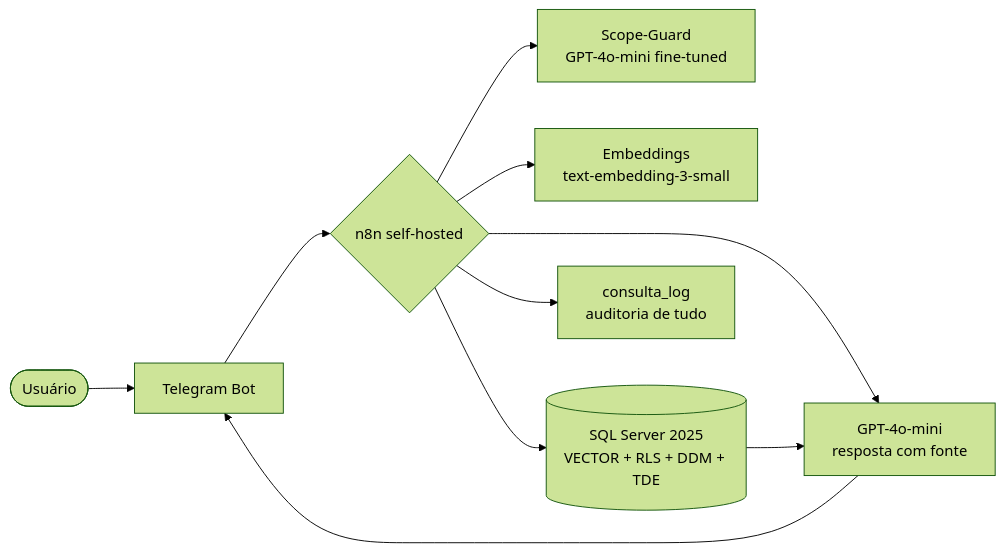
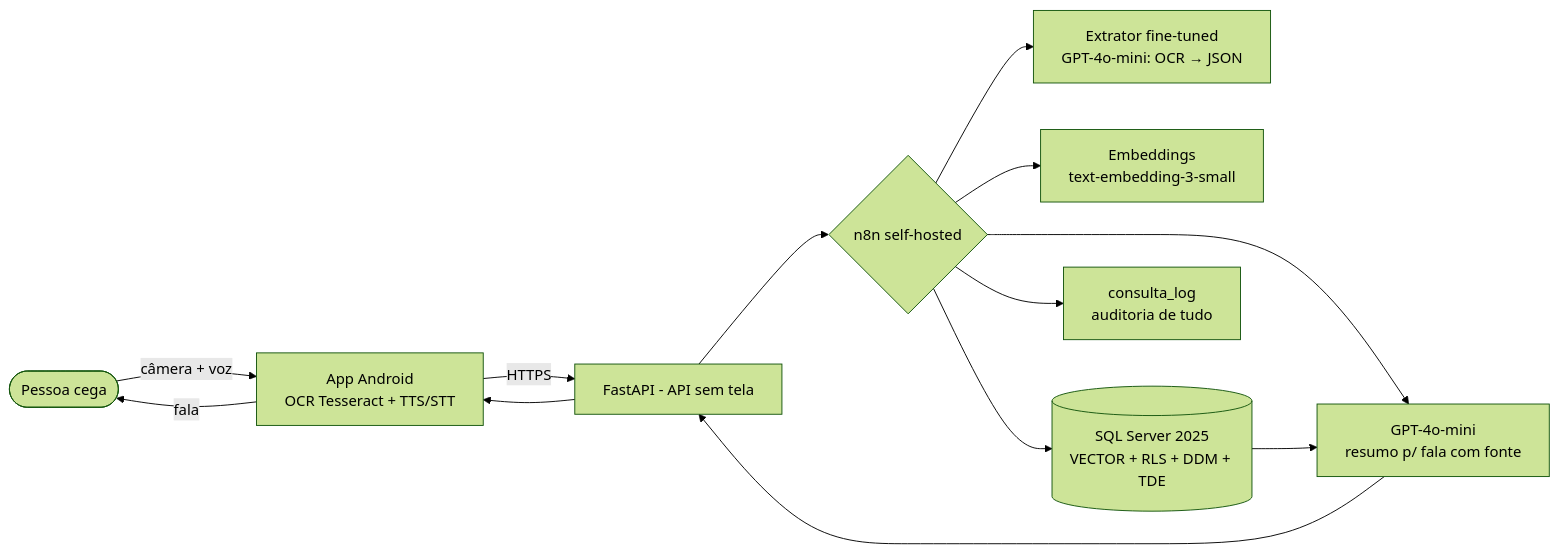
The diagram in README.md (Roberto-Cardoso-1/GuiaMed), drawn with Mermaid (forest theme) before and after one commit. The commit also changed other lines of this file and 16 other files, not shown here.

First line of the commit message:
Reorienta entrega: app de acessibilidade por voz (GuiaMed) com IA sobre OCR

````diff
--- a/README.md
+++ b/README.md
@@ -16,12 +16,14 @@
 ```mermaid
 flowchart LR
-    U([Usuário]) --> T[Telegram Bot]
-    T --> N{n8n self-hosted}
-    N --> SG[Scope-Guard<br/>GPT-4o-mini fine-tuned]
+    U([Pessoa cega]) -->|câmera + voz| A[App Android<br/>OCR Tesseract + TTS/STT]
+    A -->|HTTPS| API[FastAPI - API sem tela]
+    API --> N{n8n self-hosted}
+    N --> FT[Extrator fine-tuned<br/>GPT-4o-mini: OCR → JSON]
     N --> E[Embeddings<br/>text-embedding-3-small]
     N --> DB[(SQL Server 2025<br/>VECTOR + RLS + DDM + TDE)]
-    N --> G[GPT-4o-mini<br/>resposta com fonte]
+    N --> G[GPT-4o-mini<br/>resumo p/ fala com fonte]
     DB --> G
-    G --> T
+    G --> API --> A
+    A -->|fala| U
     N --> L[consulta_log<br/>auditoria de tudo]
 ```
````
